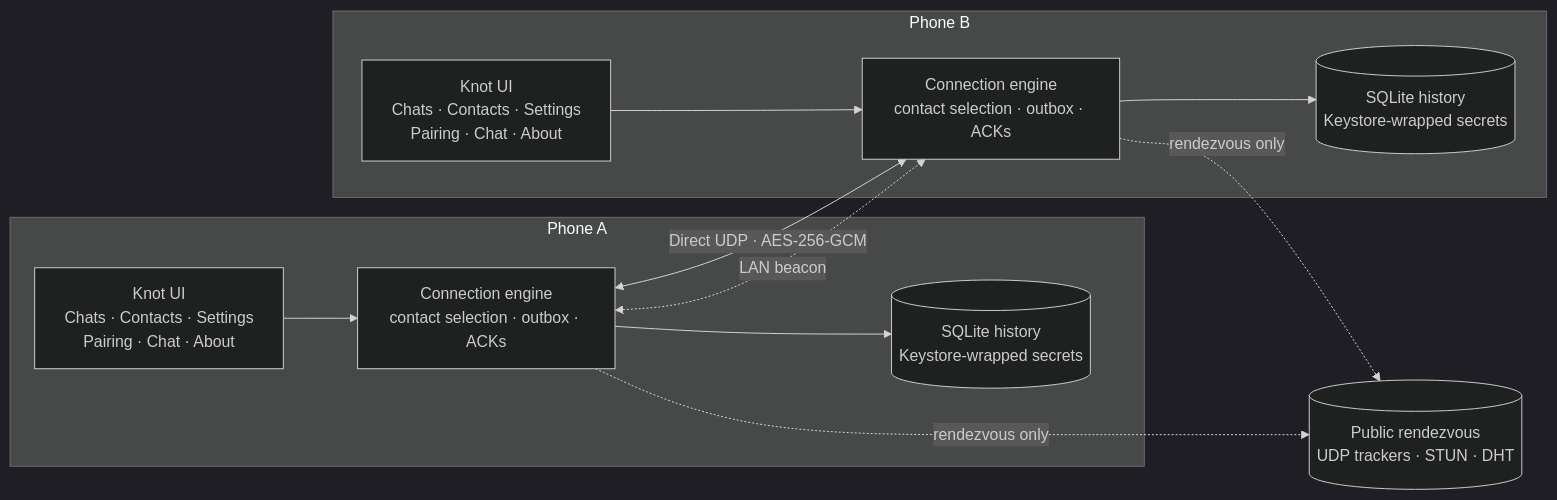
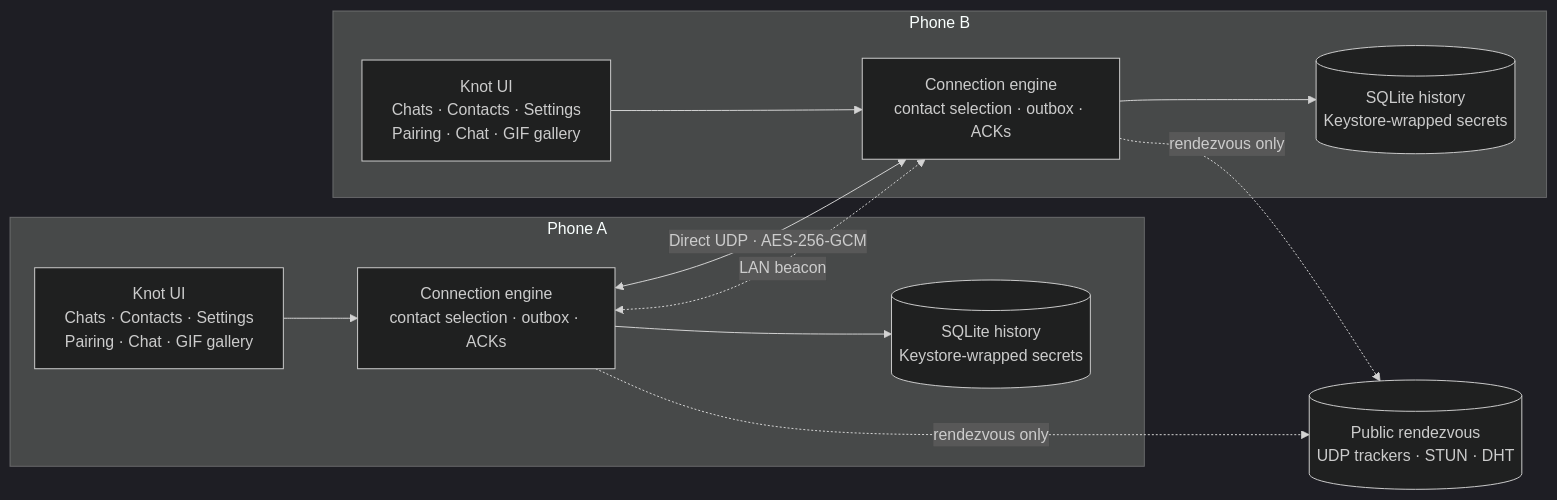
Before and after one commit to farokh-ra/KNOT: the diagram in README.md, drawn with Mermaid (dark theme). The commit also changed other lines of this file and 4 other files, not shown here.

````diff
--- a/README.md
+++ b/README.md
@@ -208,23 +269,23 @@
 ```mermaid
 flowchart LR
     subgraph A["Phone A"]
-        AUI["Knot UI<br/>Chats · Contacts · Settings<br/>Pairing · Chat · About"]
+        AUI["Knot UI<br/>Chats · Contacts · Settings<br/>Pairing · Chat · GIF gallery"]
         AENG["Connection engine<br/>contact selection · outbox · ACKs"]
         ASTORE[("SQLite history<br/>Keystore-wrapped secrets")]
         AUI --> AENG
         AENG --> ASTORE
     end
 
     subgraph B["Phone B"]
-        BUI["Knot UI<br/>Chats · Contacts · Settings<br/>Pairing · Chat · About"]
+        BUI["Knot UI<br/>Chats · Contacts · Settings<br/>Pairing · Chat · GIF gallery"]
         BENG["Connection engine<br/>contact selection · outbox · ACKs"]
         BSTORE[("SQLite history<br/>Keystore-wrapped secrets")]
         BUI --> BENG
         BENG --> BSTORE
     end
 
     AENG <-->|"Direct UDP · AES-256-GCM"| BENG
     AENG -.->|"rendezvous only"| DHT[("Public rendezvous<br/>UDP trackers · STUN · DHT")]
     BENG -.->|"rendezvous only"| DHT
     AENG <-.->|"LAN beacon"| BENG
 ```
````
